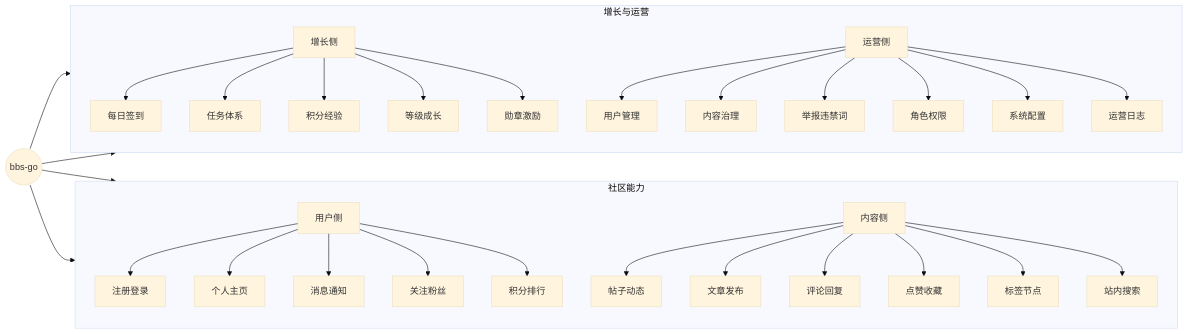
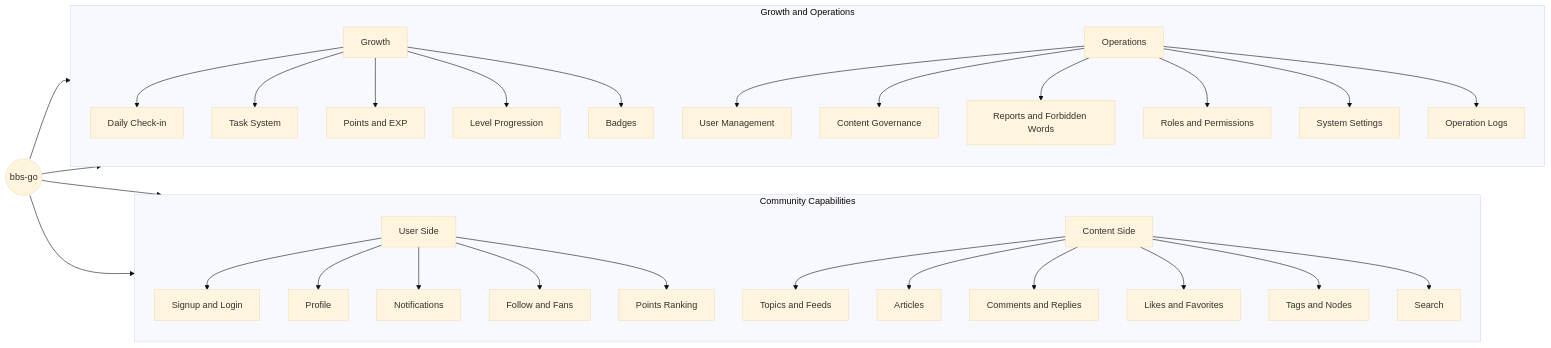
The diagram in README.md (mlogclub/bbs-go), drawn with Mermaid (base theme) before and after one commit. The commit also changed other lines of this file and 533 other files, not shown here.

First line of the commit message:
This release focuses on stronger third-party login support, a more complete attachment workflow, upgraded category navigation, and a refactored site settings experience.

````diff
--- a/README.md
+++ b/README.md
@@ -28,67 +28,67 @@
 ```mermaid
 graph LR
   A((bbs-go))
 
-  subgraph L1[社区能力]
+  subgraph L1[Community Capabilities]
     direction TB
-    U[用户侧]
-    U1[注册登录]
-    U2[个人主页]
-    U3[消息通知]
-    U4[关注粉丝]
-    U5[积分排行]
+    U[User Side]
+    U1[Signup and Login]
+    U2[Profile]
+    U3[Notifications]
+    U4[Follow and Fans]
+    U5[Points Ranking]
     U --> U1
     U --> U2
     U --> U3
     U --> U4
     U --> U5
 
-    C[内容侧]
-    C1[帖子动态]
-    C2[文章发布]
-    C3[评论回复]
-    C4[点赞收藏]
-    C5[标签节点]
-    C6[站内搜索]
+    C[Content Side]
+    C1[Topics and Feeds]
+    C2[Articles]
+    C3[Comments and Replies]
+    C4[Likes and Favorites]
+    C5[Tags and Nodes]
+    C6[Search]
     C --> C1
     C --> C2
     C --> C3
     C --> C4
     C --> C5
     C --> C6
   end
 
-  subgraph R1[增长与运营]
+  subgraph R1[Growth and Operations]
     direction TB
-    G[增长侧]
-    G1[每日签到]
-    G2[任务体系]
-    G3[积分经验]
-    G4[等级成长]
-    G5[勋章激励]
+    G[Growth]
+    G1[Daily Check-in]
+    G2[Task System]
+    G3[Points and EXP]
+    G4[Level Progression]
+    G5[Badges]
     G --> G1
     G --> G2
     G --> G3
     G --> G4
     G --> G5
 
-    O[运营侧]
-    O1[用户管理]
-    O2[内容治理]
-    O3[举报违禁词]
-    O4[角色权限]
-    O5[系统配置]
-    O6[运营日志]
+    O[Operations]
+    O1[User Management]
+    O2[Content Governance]
+    O3[Reports and Forbidden Words]
+    O4[Roles and Permissions]
+    O5[System Settings]
+    O6[Operation Logs]
     O --> O1
     O --> O2
     O --> O3
     O --> O4
     O --> O5
     O --> O6
   end
 
   A --> U
   A --> C
   A --> G
   A --> O
 ```
````
